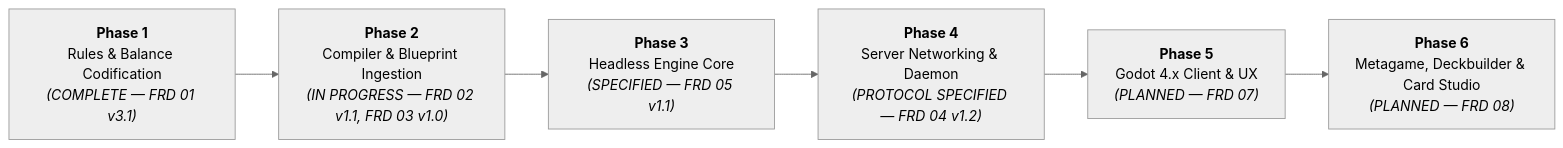
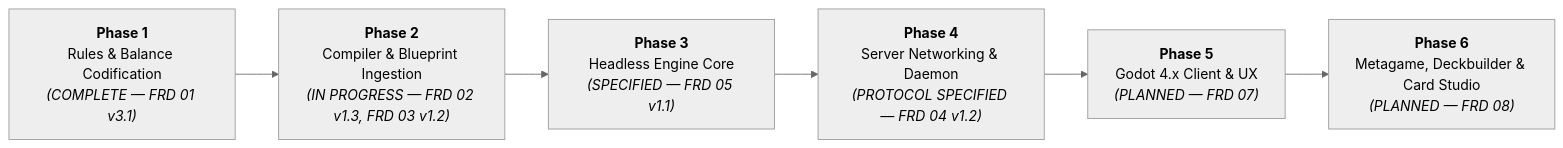
The second of 2 diagrams in docs/PRODUCT_SUMMARY.md (hailstorm01/animus-mundi), drawn with Mermaid (neutral theme) before and after one commit. The commit also changed other lines of this file and 3 other files, not shown here.

Commit message:
docs(frd,tdd): pivot card compiler and pipeline specifications to pure Go

````diff
--- a/docs/PRODUCT_SUMMARY.md
+++ b/docs/PRODUCT_SUMMARY.md
@@ -202,11 +202,11 @@
 ```mermaid
 flowchart LR
     Phase1["<b>Phase 1</b><br/>Rules & Balance Codification<br/><i>(COMPLETE — FRD 01 v3.1)</i>"]
-    Phase2["<b>Phase 2</b><br/>Compiler & Blueprint Ingestion<br/><i>(IN PROGRESS — FRD 02 v1.1, FRD 03 v1.0)</i>"]
+    Phase2["<b>Phase 2</b><br/>Compiler & Blueprint Ingestion<br/><i>(IN PROGRESS — FRD 02 v1.3, FRD 03 v1.2)</i>"]
     Phase3["<b>Phase 3</b><br/>Headless Engine Core<br/><i>(SPECIFIED — FRD 05 v1.1)</i>"]
     Phase4["<b>Phase 4</b><br/>Server Networking & Daemon<br/><i>(PROTOCOL SPECIFIED — FRD 04 v1.2)</i>"]
     Phase5["<b>Phase 5</b><br/>Godot 4.x Client & UX<br/><i>(PLANNED — FRD 07)</i>"]
     Phase6["<b>Phase 6</b><br/>Metagame, Deckbuilder & Card Studio<br/><i>(PLANNED — FRD 08)</i>"]
 
     Phase1 --> Phase2 --> Phase3 --> Phase4 --> Phase5 --> Phase6
 ```
````
